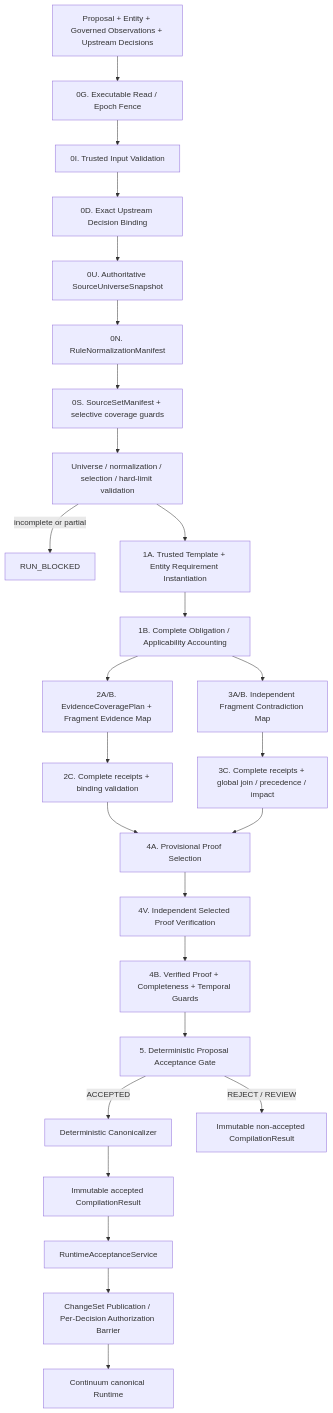
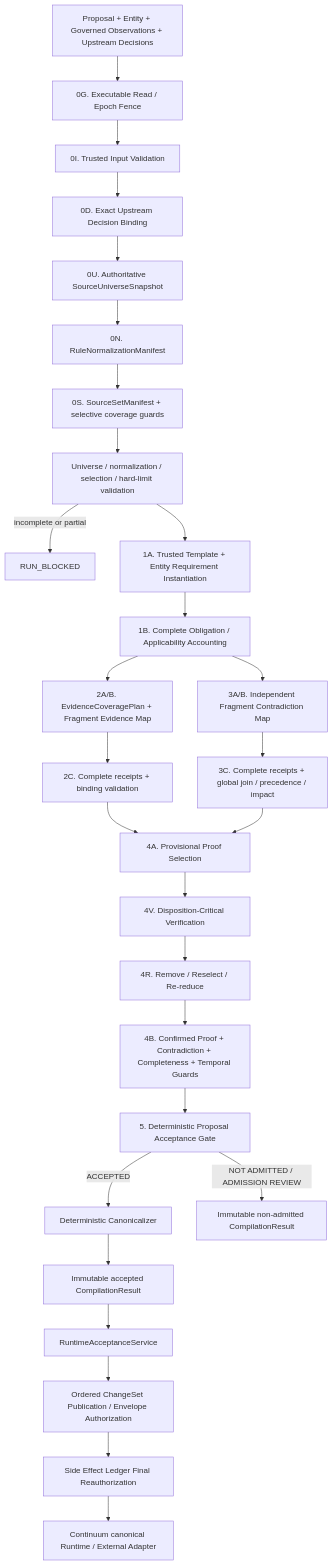
The first of 2 diagrams in docs/continuum_module_01_semantic_dependency_compiler/02_ARCHITECTURE.md (dabaitudiu/continuum), drawn with Mermaid before and after one commit. The commit also changed other lines of this file and 22 other files, not shown here.

Commit message:
docs: revise option B architecture to revision 6

````diff
--- a/docs/continuum_module_01_semantic_dependency_compiler/02_ARCHITECTURE.md
+++ b/docs/continuum_module_01_semantic_dependency_compiler/02_ARCHITECTURE.md
@@ -11,28 +11,30 @@
 ```mermaid
 flowchart TD
     A[Proposal + Entity + Governed Observations + Upstream Decisions] --> G[0G. Executable Read / Epoch Fence]
     G --> V[0I. Trusted Input Validation]
     V --> D0[0D. Exact Upstream Decision Binding]
     D0 --> U[0U. Authoritative SourceUniverseSnapshot]
     U --> R[0N. RuleNormalizationManifest]
     R --> C[0S. SourceSetManifest + selective coverage guards]
     C --> C1[Universe / normalization / selection / hard-limit validation]
     C1 -->|incomplete or partial| RB[RUN_BLOCKED]
     C1 --> D[1A. Trusted Template + Entity Requirement Instantiation]
     D --> F[1B. Complete Obligation / Applicability Accounting]
     F --> E2[2A/B. EvidenceCoveragePlan + Fragment Evidence Map]
     E2 --> G1[2C. Complete receipts + binding validation]
     F --> H[3A/B. Independent Fragment Contradiction Map]
     H --> H1[3C. Complete receipts + global join / precedence / impact]
     G1 --> P[4A. Provisional Proof Selection]
     H1 --> P
-    P --> PV[4V. Independent Selected Proof Verification]
-    PV --> I[4B. Verified Proof + Completeness + Temporal Guards]
+    P --> PV[4V. Disposition-Critical Verification]
+    PV --> PR[4R. Remove / Reselect / Re-reduce]
+    PR --> I[4B. Confirmed Proof + Contradiction + Completeness + Temporal Guards]
     I --> J[5. Deterministic Proposal Acceptance Gate]
     J -->|ACCEPTED| K[Deterministic Canonicalizer]
-    J -->|REJECT / REVIEW| L[Immutable non-accepted CompilationResult]
+    J -->|NOT ADMITTED / ADMISSION REVIEW| L[Immutable non-admitted CompilationResult]
     K --> M[Immutable accepted CompilationResult]
     M --> N[RuntimeAcceptanceService]
-    N --> B[ChangeSet Publication / Per-Decision Authorization Barrier]
-    B --> O[Continuum canonical Runtime]
+    N --> B[Ordered ChangeSet Publication / Envelope Authorization]
+    B --> S[Side Effect Ledger Final Reauthorization]
+    S --> O[Continuum canonical Runtime / External Adapter]
 ```
````
